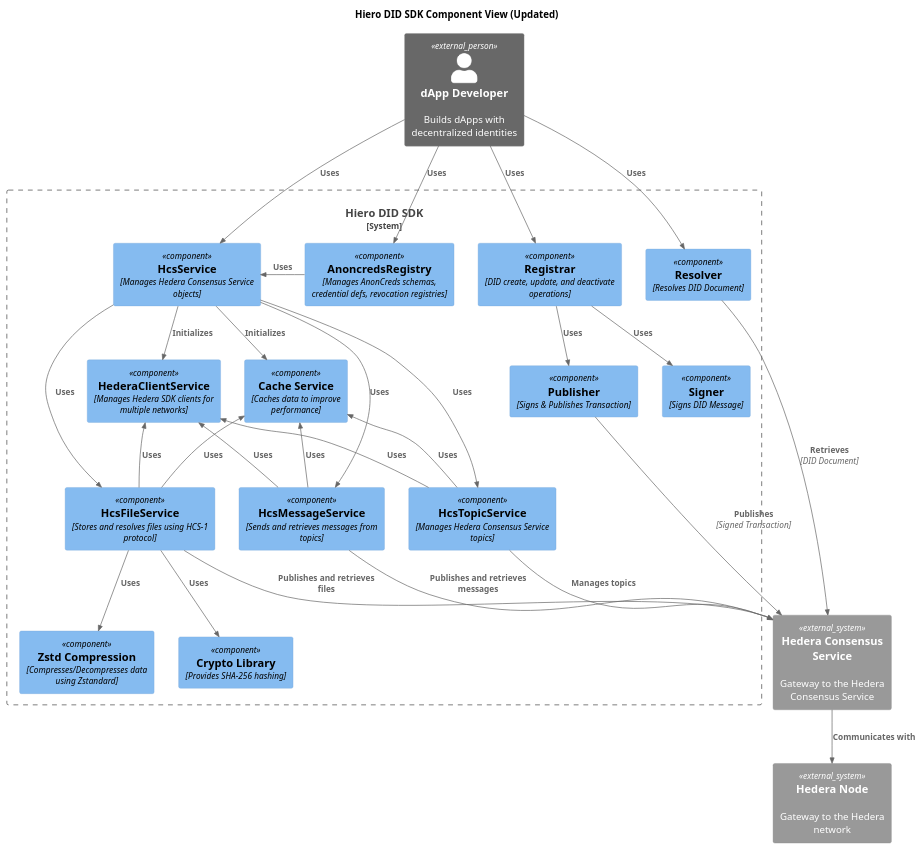
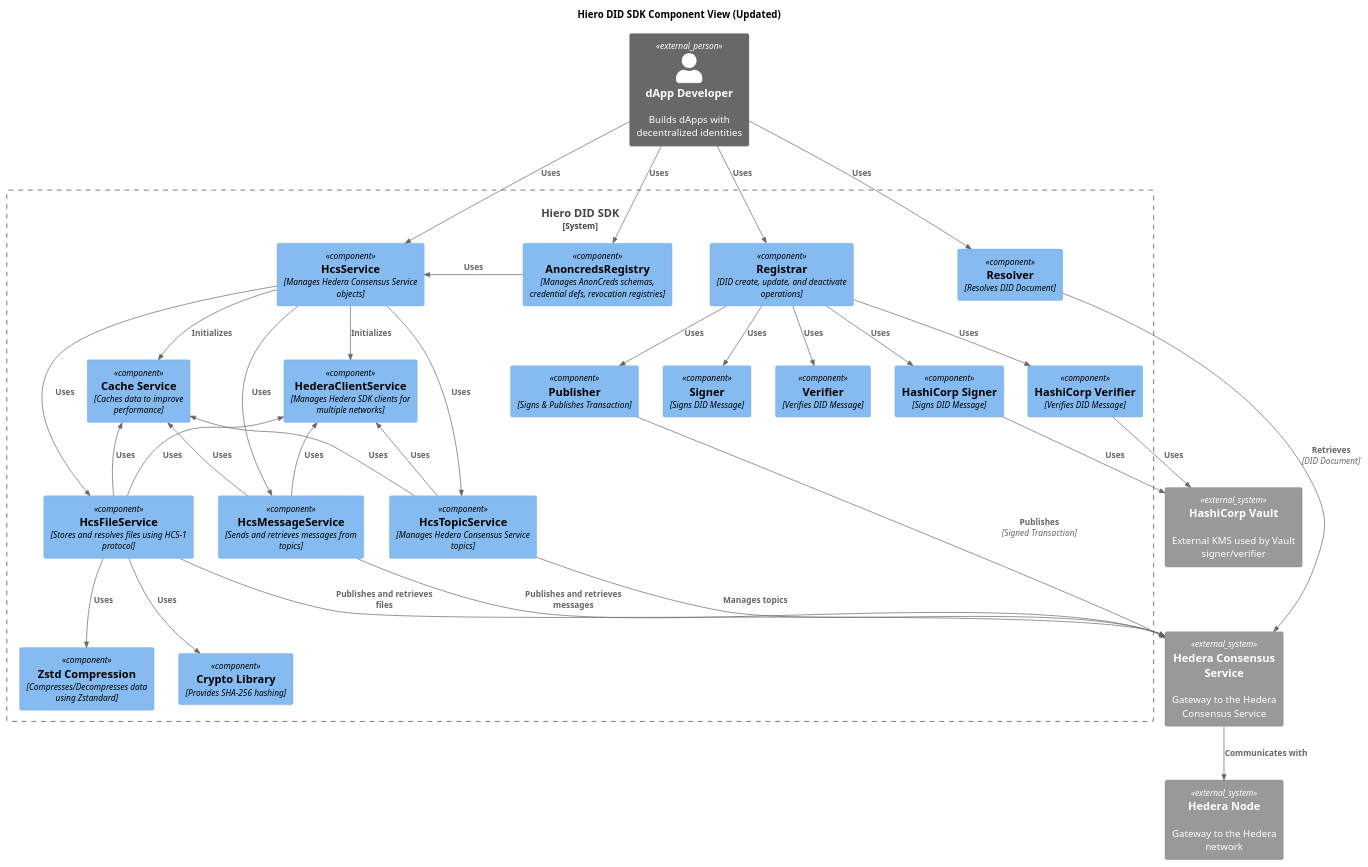
One commit to hiero-ledger/hiero-did-sdk-js changed the diagram in docs/modules/ROOT/pages/02-design/diagrams/component-view-diagram.puml. Above: the diagram before and after it, drawn with PlantUML. The commit also changed 62 other files, not shown here.

Commit message:
Fix formats, diagrams, found issues

```diff
--- a/docs/modules/ROOT/pages/02-design/diagrams/component-view-diagram.puml
+++ b/docs/modules/ROOT/pages/02-design/diagrams/component-view-diagram.puml
@@ -1,73 +1,86 @@
 @startuml
 !include https://raw.githubusercontent.com/plantuml-stdlib/C4-PlantUML/master/C4_Component.puml
 
 title Hiero DID SDK Component View (Updated)
 
 Person_Ext(developer, "dApp Developer", "Builds dApps with decentralized identities")
 
 System_Boundary(c1, "Hiero DID SDK") {
 
   Component(registrar, "Registrar", "DID create, update, and deactivate operations")
   Component(resolver, "Resolver", "Resolves DID Document")
   Component(hcsService, "HcsService", "Manages Hedera Consensus Service objects")
   Component(anoncredsRegistry, "AnoncredsRegistry", "Manages AnonCreds schemas, credential defs, revocation registries")
 
   Component(signer, "Signer", "Signs DID Message")
+  Component(verifier, "Verifier", "Verifies DID Message")
+
   Component(publisher, "Publisher", "Signs & Publishes Transaction")
+
+  Component(hashicorpSigner, "HashiCorp Signer", "Signs DID Message")
+  Component(hashicorpVerifier, "HashiCorp Verifier", "Verifies DID Message")
 
   Component(hederaClientService, "HederaClientService", "Manages Hedera SDK clients for multiple networks")
 
   Component(hcsTopicService, "HcsTopicService", "Manages Hedera Consensus Service topics")
   Component(hcsMessageService, "HcsMessageService", "Sends and retrieves messages from topics")
   Component(hcsFileService, "HcsFileService", "Stores and resolves files using HCS-1 protocol")
 
-
   Component(cache, "Cache Service", "Caches data to improve performance")
 
   Component(crypto, "Crypto Library", "Provides SHA-256 hashing")
   Component(zstd, "Zstd Compression", "Compresses/Decompresses data using Zstandard")
 }
+
+System_Ext(hashicorp, "HashiCorp Vault", "External KMS used by Vault signer/verifier")
 
 System_Ext(topic, "Hedera Consensus Service", "Gateway to the Hedera Consensus Service")
 System_Ext(hedera, "Hedera Node", "Gateway to the Hedera network")
 
 Rel(developer, registrar, "Uses")
 Rel(developer, resolver, "Uses")
 Rel(developer, hcsService, "Uses")
 Rel(developer, anoncredsRegistry, "Uses")
 
 Rel(registrar, signer, "Uses")
+Rel(registrar, verifier, "Uses")
+
 Rel(registrar, publisher, "Uses")
+
+Rel(registrar, hashicorpSigner, "Uses")
+Rel(registrar, hashicorpVerifier, "Uses")
+
+Rel(hashicorpSigner, hashicorp, "Uses")
+Rel_R(hashicorpVerifier, hashicorp, "Uses")
 
 Rel(publisher, topic, "Publishes", "Signed Transaction")
 Rel(resolver, topic, "Retrieves", "DID Document")
 
 Rel(hcsService, hederaClientService, "Initializes")
 Rel(hcsService, cache, "Initializes")
 
 Rel(hcsService, hcsTopicService, "Uses")
 Rel(hcsService, hcsMessageService, "Uses")
 Rel(hcsService, hcsFileService, "Uses")
 
 Rel_U(hcsTopicService, hederaClientService, "Uses")
 Rel_U(hcsMessageService, hederaClientService, "Uses")
 Rel_U(hcsFileService, hederaClientService, "Uses")
 
 Rel_U(hcsTopicService, cache, "Uses")
 Rel_U(hcsMessageService, cache, "Uses")
 Rel_U(hcsFileService, cache, "Uses")
 
 Rel(hcsFileService, crypto, "Uses")
 Rel(hcsFileService, zstd, "Uses")
 
-
 Rel(hcsMessageService, topic, "Publishes and retrieves messages")
 Rel(hcsFileService, topic, "Publishes and retrieves files")
 Rel(hcsTopicService, topic, "Manages topics")
 
 Rel_L(anoncredsRegistry, hcsService, "Uses")
 
 Rel(topic, hedera, "Communicates with")
 
 
 @enduml
```
